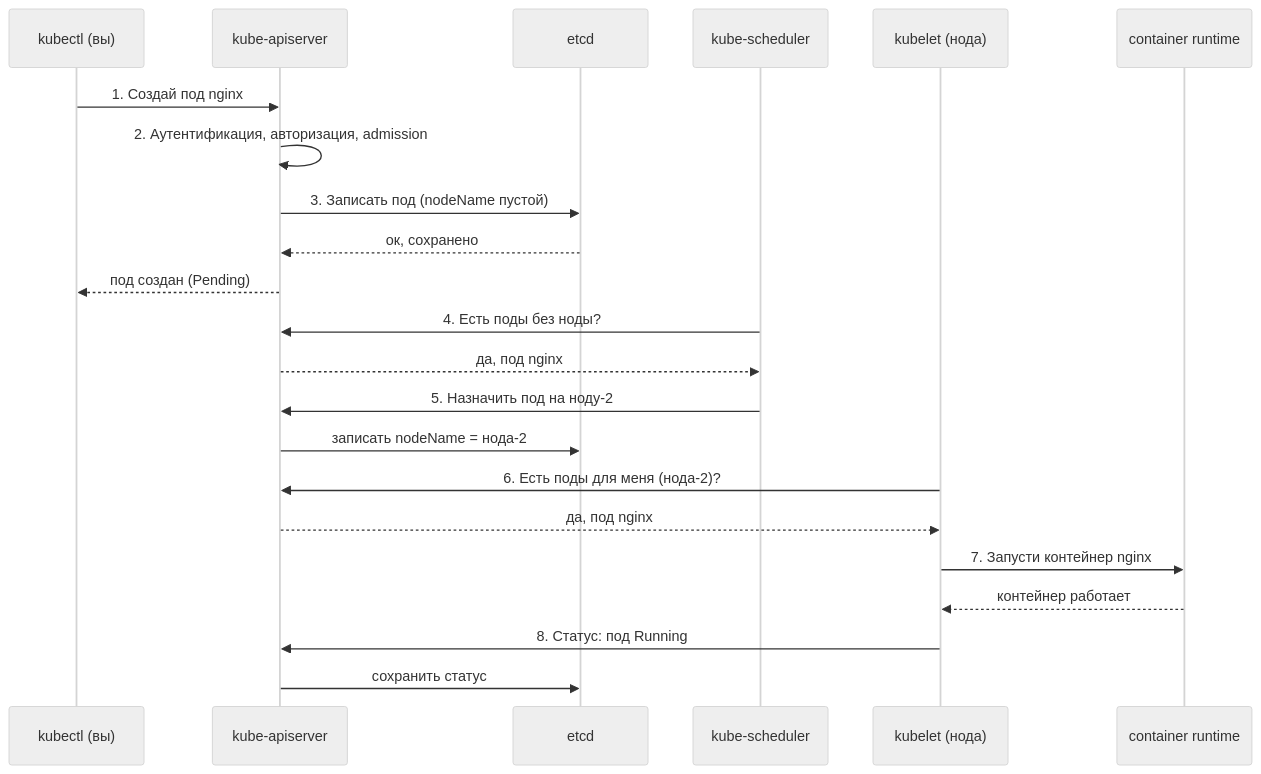
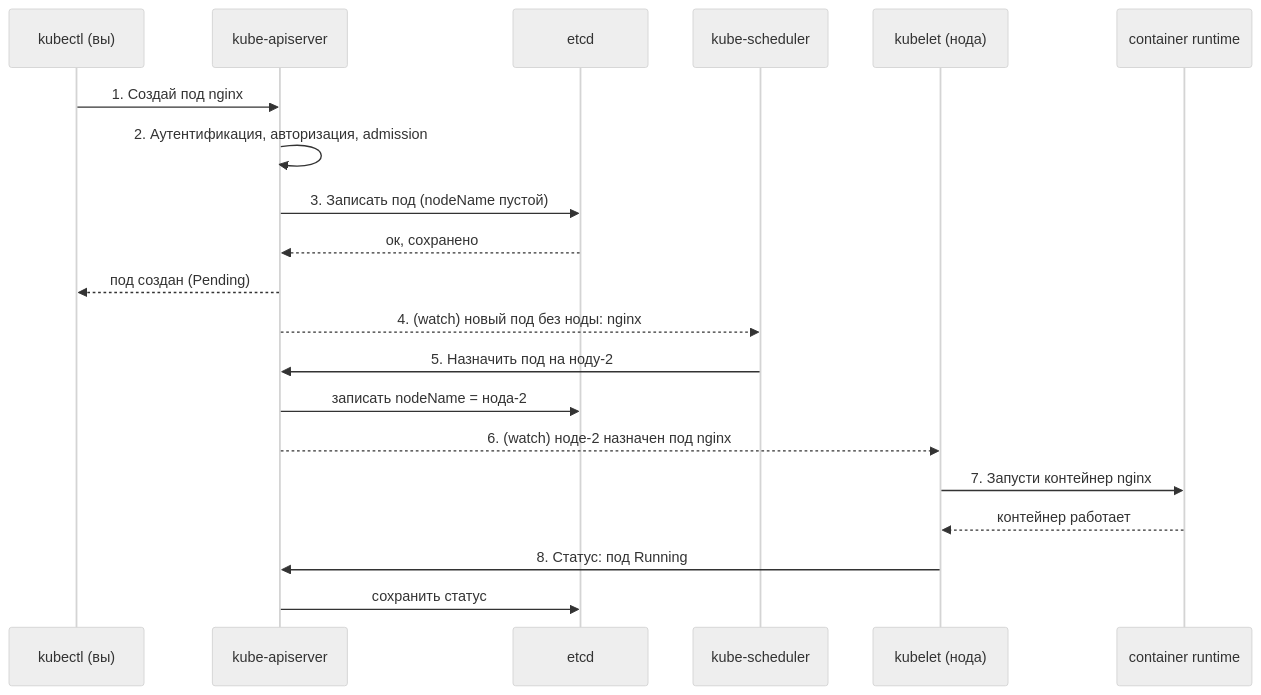
The fifth of 7 diagrams in tasks/cka/course/02/ru.md (ViktorUJ/cks), drawn with Mermaid (neutral theme) before and after one commit. The commit also changed other lines of this file and 10 other files, not shown here.

````diff
--- a/tasks/cka/course/02/ru.md
+++ b/tasks/cka/course/02/ru.md
@@ -255,24 +283,22 @@
 ```mermaid
 sequenceDiagram
     participant U as kubectl (вы)
     participant A as kube-apiserver
     participant E as etcd
     participant S as kube-scheduler
     participant K as kubelet (нода)
     participant R as container runtime
     U->>A: 1. Создай под nginx
     A->>A: 2. Аутентификация, авторизация, admission
     A->>E: 3. Записать под (nodeName пустой)
     E-->>A: ок, сохранено
     A-->>U: под создан (Pending)
-    S->>A: 4. Есть поды без ноды?
-    A-->>S: да, под nginx
+    A-->>S: 4. (watch) новый под без ноды: nginx
     S->>A: 5. Назначить под на ноду-2
     A->>E: записать nodeName = нода-2
-    K->>A: 6. Есть поды для меня (нода-2)?
-    A-->>K: да, под nginx
+    A-->>K: 6. (watch) ноде-2 назначен под nginx
     K->>R: 7. Запусти контейнер nginx
     R-->>K: контейнер работает
     K->>A: 8. Статус: под Running
     A->>E: сохранить статус
 ```
````
